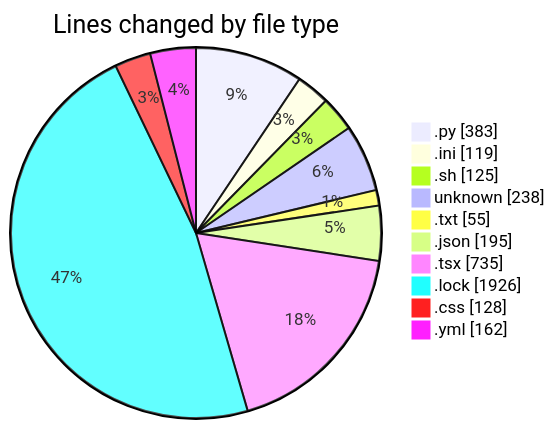
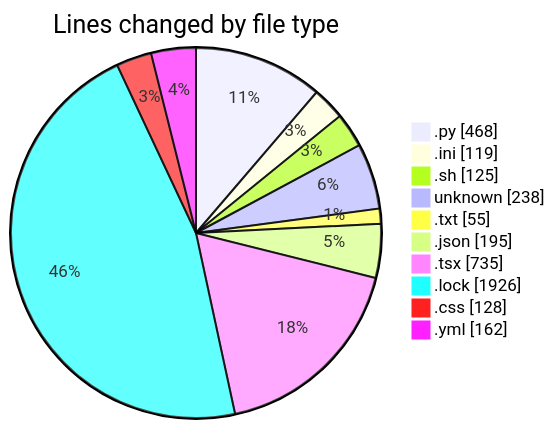
The first of 2 diagrams in 2025-05-12/niten/README.md (Elitesun/code-tracking), drawn with Mermaid before and after one commit. The commit also changed other lines of this file and 1 other file, not shown here.

````diff
--- a/2025-05-12/niten/README.md
+++ b/2025-05-12/niten/README.md
@@ -37,14 +38,14 @@
 ```mermaid
 pie showData
 title Lines changed by file type
-".py" : 383
+".py" : 468
 ".ini" : 119
 ".sh" : 125
 "unknown" : 238
 ".txt" : 55
 ".json" : 195
 ".tsx" : 735
 ".lock" : 1926
 ".css" : 128
 ".yml" : 162
 ```
````
